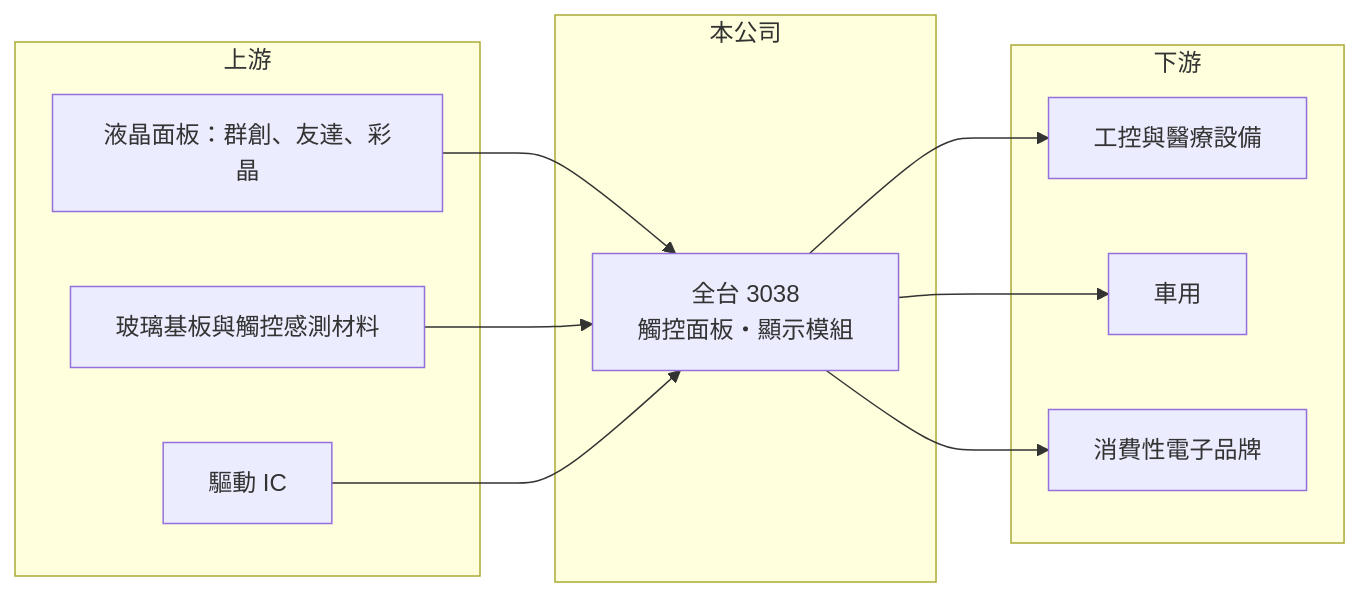
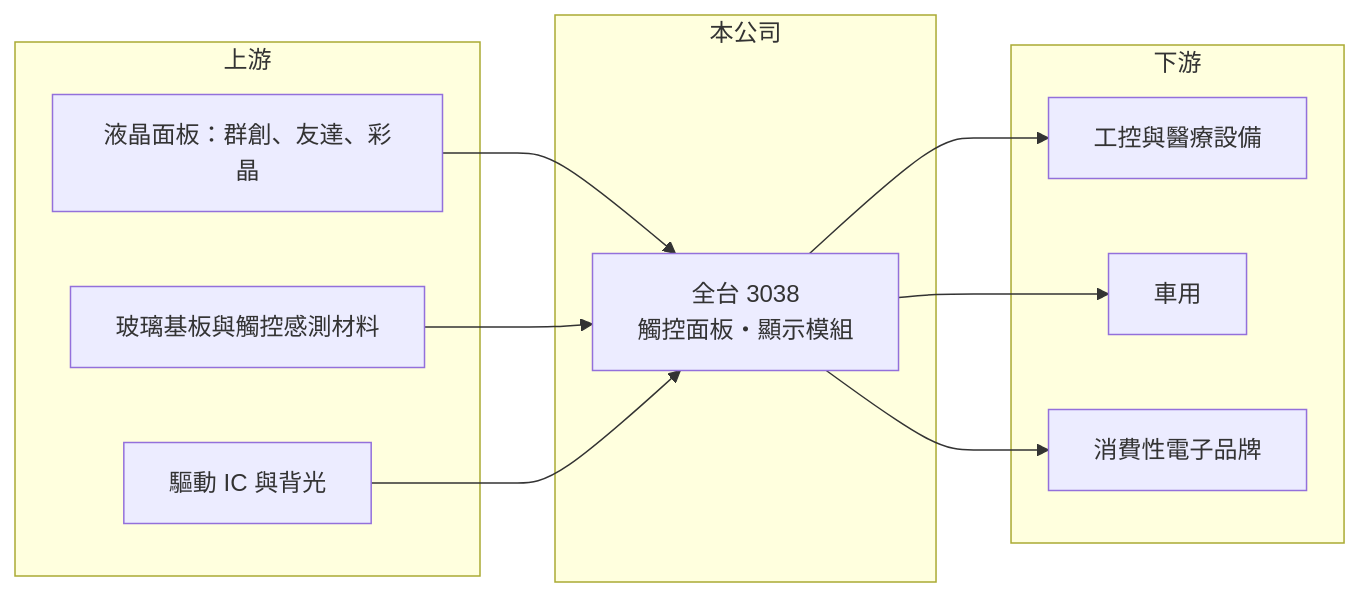
Before and after one commit to wangnick1004/taiwan-stock-vault: the diagram in 個股/台股/3038全台.md, drawn with Mermaid. The commit also changed other lines of this file and 8 other files, not shown here.

````diff
--- a/個股/台股/3038全台.md
+++ b/個股/台股/3038全台.md
@@ -85,22 +103,22 @@
 ```mermaid
 flowchart LR
     subgraph 上游
         A1["液晶面板：群創、友達、彩晶"]
         A2["玻璃基板與觸控感測材料"]
-        A3["驅動 IC"]
+        A3["驅動 IC 與背光"]
     end
     subgraph 本公司
         B["全台 3038<br/>觸控面板・顯示模組"]
     end
     subgraph 下游
         C1["工控與醫療設備"]
         C2["車用"]
         C3["消費性電子品牌"]
     end
     A1 --> B
     A2 --> B
     A3 --> B
     B --> C1
     B --> C2
     B --> C3
 ```
````
